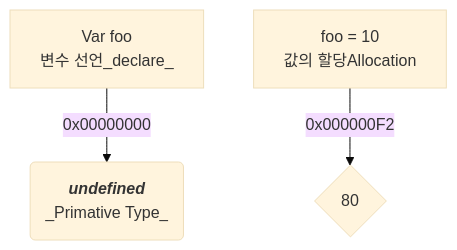
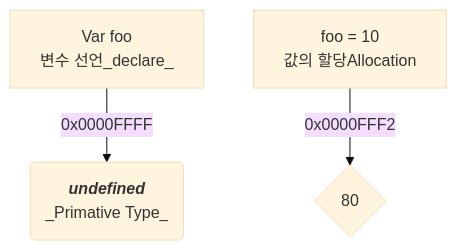
One commit to YoungHaKim7/html_css_js_web_dev changed the diagram in study_Modern_JavaScript/README.md. Above: the diagram before and after it, drawn with Mermaid (base theme). The commit also changed other lines of this file, not shown here.

````diff
--- a/study_Modern_JavaScript/README.md
+++ b/study_Modern_JavaScript/README.md
@@ -56,6 +56,6 @@
 ```mermaid
 flowchart TD
-    A[Var foo<br>변수 선언_declare_] -->|0x00000000| C(<strong><em>undefined</em></strong><br>_Primative Type_)
-    B[foo = 10<br>값의 할당Allocation] -->|0x000000F2| D{80}
+    A[Var foo<br>변수 선언_declare_] -->|0x0000FFFF| C(<strong><em>undefined</em></strong><br>_Primative Type_)
+    B[foo = 10<br>값의 할당Allocation] -->|0x0000FFF2| D{80}
 
 ```
````
